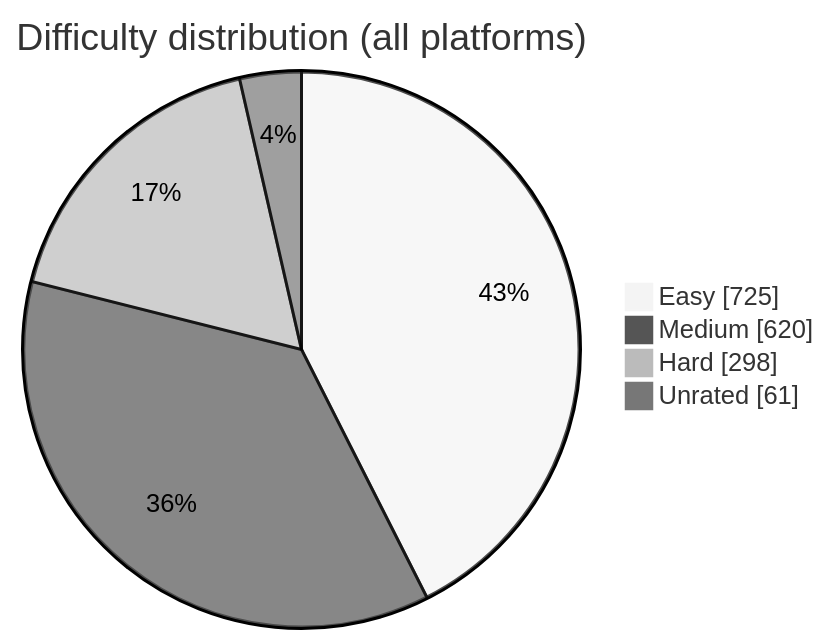
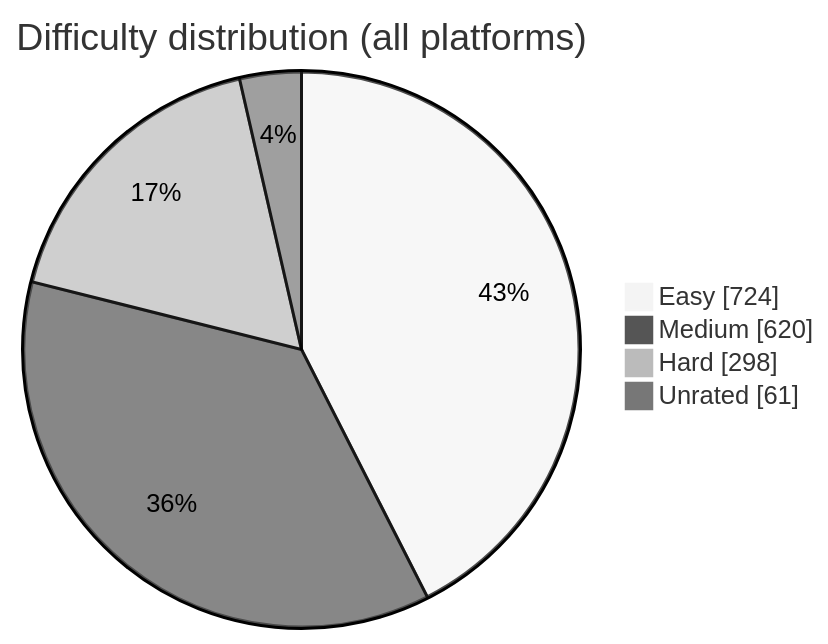
The diagram in README.md (BuildbyArindam/Daily-Coding-Log), drawn with Mermaid (neutral theme) before and after one commit. The commit also changed other lines of this file, not shown here.

````diff
--- a/README.md
+++ b/README.md
@@ -93,7 +93,7 @@
 ```mermaid
 pie showData title Difficulty distribution (all platforms)
-    "Easy" : 725
+    "Easy" : 724
     "Medium" : 620
     "Hard" : 298
     "Unrated" : 61
 ```
````
